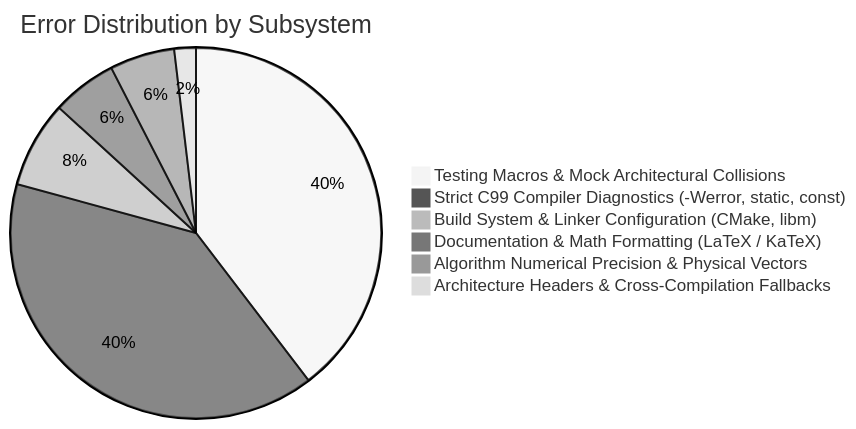
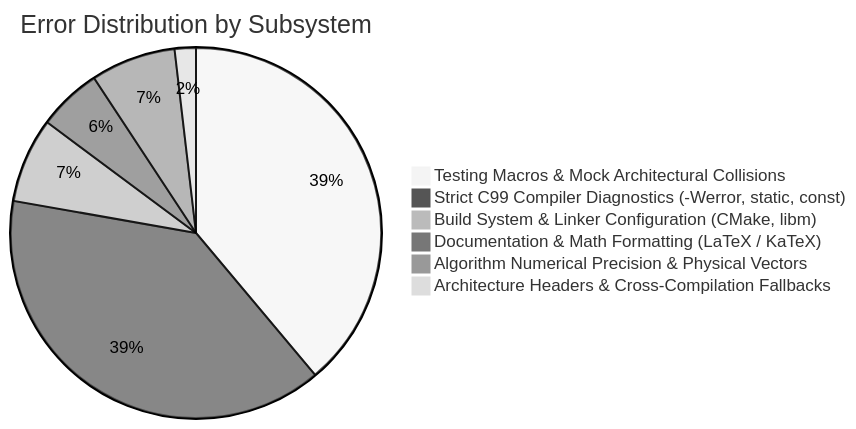
One commit to Thejus26/rain-predict changed the diagram in context/errors/README.md. Above: the diagram before and after it, drawn with Mermaid (neutral theme). The commit also changed other lines of this file and 2 other files, not shown here.

Commit message:
fix(simulation): resolve ERR-054 reduce station pressure to sea-level in test_simulation_validation

````diff
--- a/context/errors/README.md
+++ b/context/errors/README.md
@@ -69,9 +70,9 @@
 ```mermaid
 pie title Error Distribution by Subsystem
     "Testing Macros & Mock Architectural Collisions" : 21
     "Strict C99 Compiler Diagnostics (-Werror, static, const)" : 21
     "Build System & Linker Configuration (CMake, libm)" : 4
     "Documentation & Math Formatting (LaTeX / KaTeX)" : 3
-    "Algorithm Numerical Precision & Physical Vectors" : 3
+    "Algorithm Numerical Precision & Physical Vectors" : 4
     "Architecture Headers & Cross-Compilation Fallbacks" : 1
 ```
````
